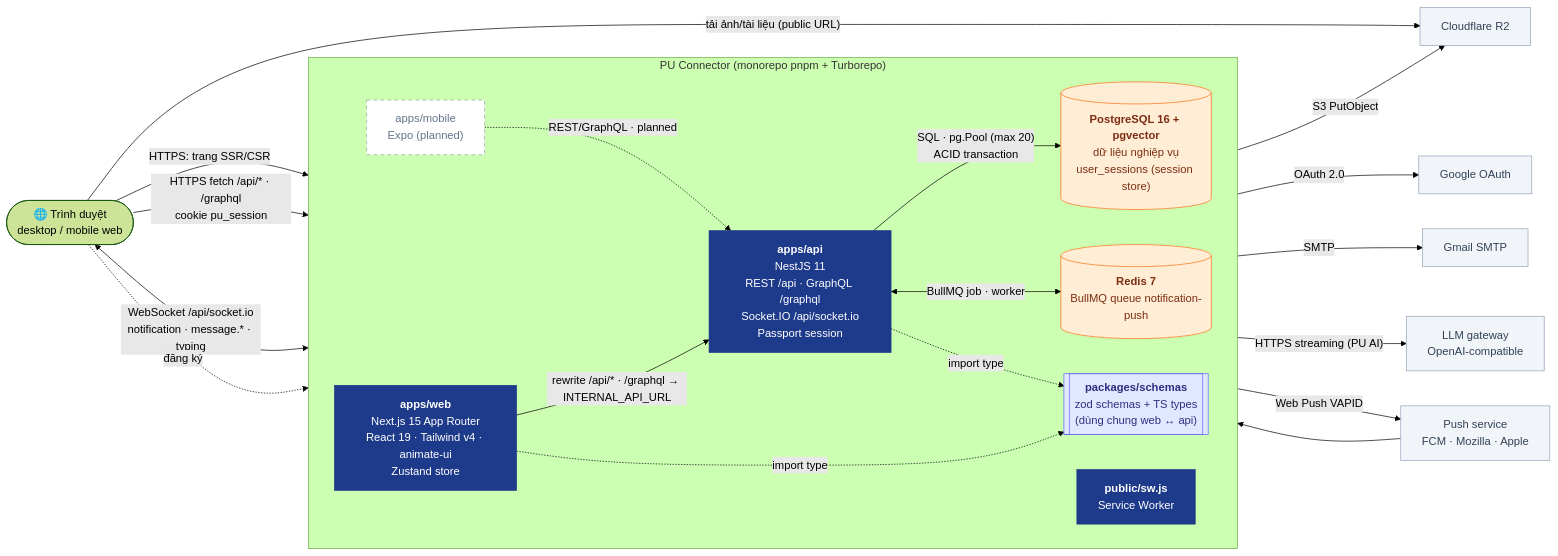
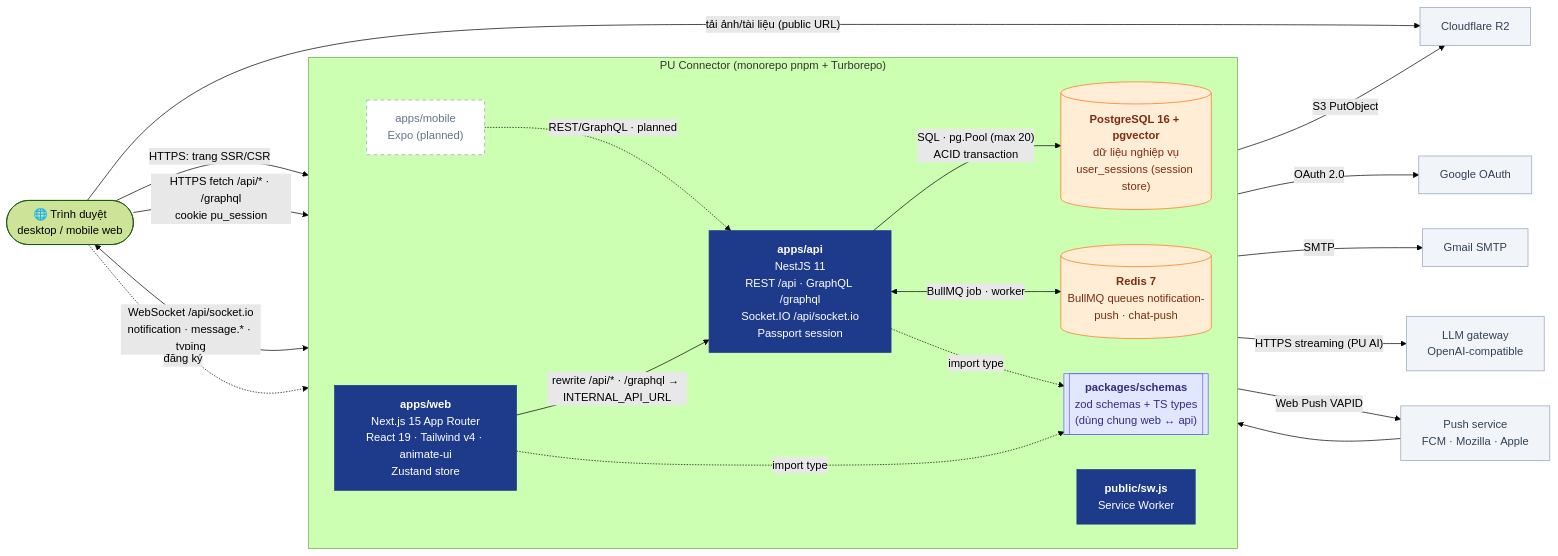
The diagram in docs/diagrams/02-containers.md (nhatcoi/pu-connect), drawn with Mermaid (forest theme) before and after one commit. The commit also changed other lines of this file and 13 other files, not shown here.

Commit message:
feat(chat): web push for new messages with per-conversation batching

````diff
--- a/docs/diagrams/02-containers.md
+++ b/docs/diagrams/02-containers.md
@@ -5,50 +5,50 @@
 ```mermaid
 flowchart LR
   browser(["🌐 Trình duyệt<br/>desktop / mobile web"])
 
   subgraph PUC["PU Connector (monorepo pnpm + Turborepo)"]
     direction LR
     web["<b>apps/web</b><br/>Next.js 15 App Router<br/>React 19 · Tailwind v4 · animate-ui<br/>Zustand store"]
     api["<b>apps/api</b><br/>NestJS 11<br/>REST /api · GraphQL /graphql<br/>Socket.IO /api/socket.io<br/>Passport session"]
     schemas[["<b>packages/schemas</b><br/>zod schemas + TS types<br/>(dùng chung web ↔ api)"]]
-    redis[("<b>Redis 7</b><br/>BullMQ queue notification-push")]
+    redis[("<b>Redis 7</b><br/>BullMQ queues notification-push · chat-push")]
     sw["<b>public/sw.js</b><br/>Service Worker"]
     db[("<b>PostgreSQL 16 + pgvector</b><br/>dữ liệu nghiệp vụ<br/>user_sessions (session store)")]
     mobile["apps/mobile<br/>Expo (planned)"]
   end
 
   google["Google OAuth"]
   gmail["Gmail SMTP"]
   r2["Cloudflare R2"]
   claude["LLM gateway<br/>OpenAI-compatible"]
 
   browser -->|"HTTPS: trang SSR/CSR"| web
   browser -->|"HTTPS fetch /api/* · /graphql<br/>cookie pu_session"| web
   web -->|"rewrite /api/* · /graphql → INTERNAL_API_URL"| api
   browser <-->|"WebSocket /api/socket.io<br/>notification · message.* · typing"| api
   browser -->|"tải ảnh/tài liệu (public URL)"| r2
 
   api -->|"SQL · pg.Pool (max 20)<br/>ACID transaction"| db
   api -->|OAuth 2.0| google
   api -->|SMTP| gmail
   api -->|S3 PutObject| r2
   api -->|"HTTPS streaming (PU AI)"| claude
   api <-->|BullMQ job · worker| redis
   api -->|Web Push VAPID| pushsvc["Push service<br/>FCM · Mozilla · Apple"]
   pushsvc --> sw
   browser -. đăng ký .-> sw
   web -. import type .-> schemas
   api -. import type .-> schemas
   mobile -.->|REST/GraphQL · planned| api
 
   classDef app fill:#1e3a8a,stroke:#1e3a8a,color:#fff
   classDef store fill:#ffedd5,stroke:#f97316,color:#7c2d12
   classDef lib fill:#e0e7ff,stroke:#6366f1,color:#312e81
   classDef external fill:#f1f5f9,stroke:#94a3b8,color:#334155
   classDef planned fill:#fff,stroke:#94a3b8,color:#64748b,stroke-dasharray:5 5
   class web,api,sw app
   class db,redis store
   class schemas lib
   class google,gmail,r2,pushsvc,claude external
   class mobile planned
 ```
````
